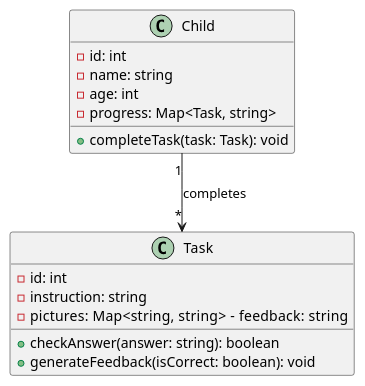
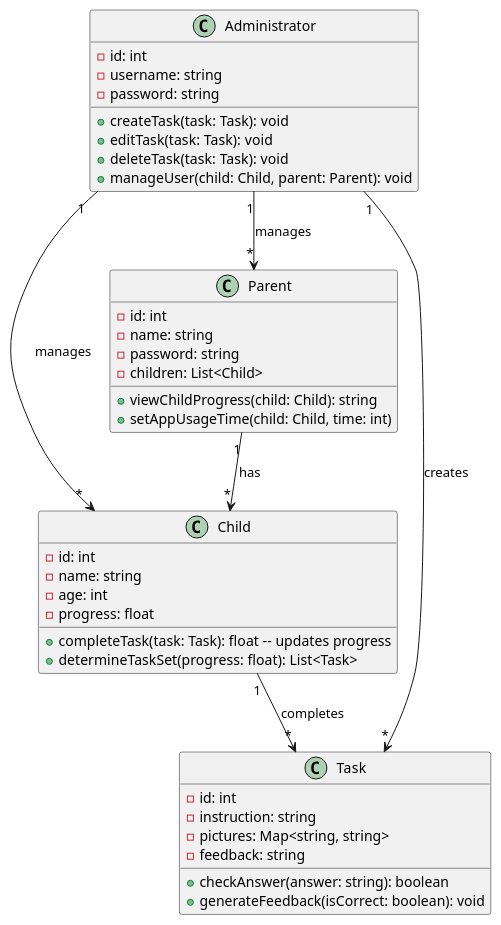
One commit to Pineson86/razvivashka changed the diagram in task3.3_class_diagram.md. Above: the diagram before and after it, drawn with PlantUML. The commit also changed 3 other files, not shown here.

Commit message:
class diagram corrected

```diff
--- a/task3.3_class_diagram.md
+++ b/task3.3_class_diagram.md
@@ -1,21 +1,46 @@
 @startuml
 
 class Child {
     - id: int    
-- name: string
+    - name: string
     - age: int
-    - progress: Map<Task, string>
-    + completeTask(task: Task): void
+    - progress: float
+    + completeTask(task: Task): float -- updates progress
+    + determineTaskSet(progress: float): List<Task>
 }
 
 class Task {
     - id: int
     - instruction: string
-    - pictures: Map<string, string>    - feedback: string
+    - pictures: Map<string, string>
+    - feedback: string
     + checkAnswer(answer: string): boolean
     + generateFeedback(isCorrect: boolean): void
 }
 
+class Parent {
+    - id: int
+    - name: string
+    - password: string
+     - children: List<Child>
+    + viewChildProgress(child: Child): string
+    + setAppUsageTime(child: Child, time: int)
+}
+
+class Administrator {
+    - id: int
+    - username: string
+    - password: string
+    + createTask(task: Task): void
+    + editTask(task: Task): void
+    + deleteTask(task: Task): void
+    + manageUser(child: Child, parent: Parent): void
+}
+
 Child "1" --> "*" Task : completes
+Parent "1" --> "*" Child : has
+Administrator "1" --> "*" Parent : manages
+Administrator "1" --> "*" Child: manages
+Administrator "1" --> "*" Task : creates
 
 @enduml
```
